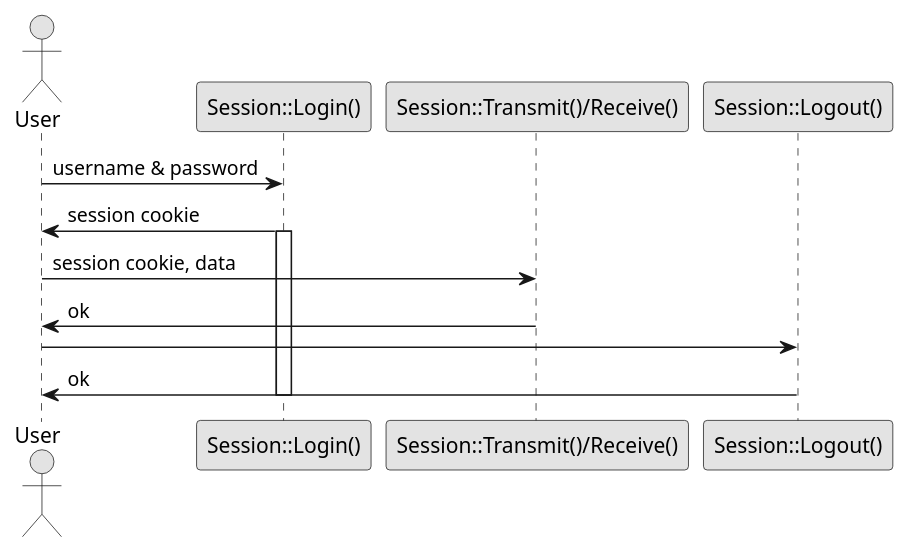
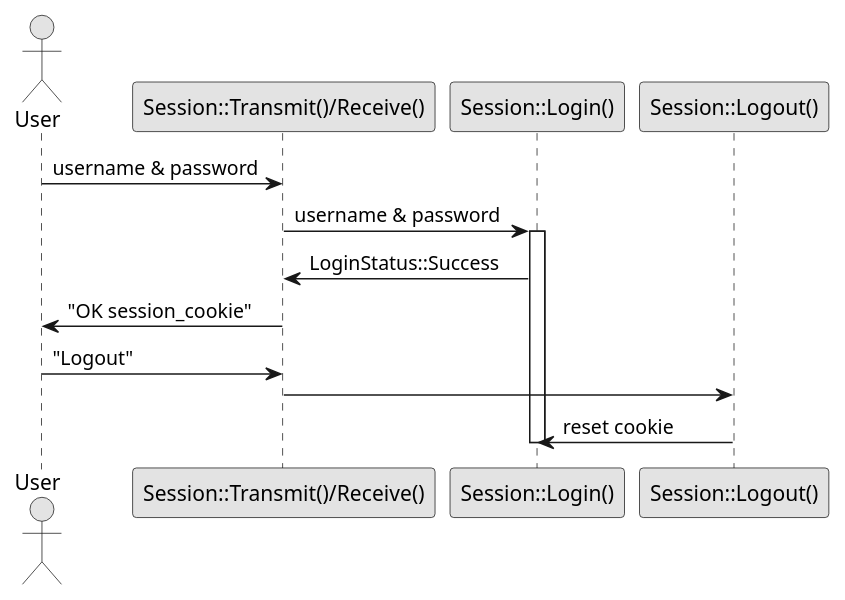
Before and after one commit to mihaigalos/osi-stack: the diagram in README.md, drawn with PlantUML. The commit also changed other lines of this file, not shown here.

Commit message:
Update session handshake

````diff
--- a/README.md
+++ b/README.md
@@ -42,15 +43,19 @@
 ```plantuml
 @startuml
     skinparam monochrome true
 
     actor User
-    User -> "Session::Login()" : username & password
-    "Session::Login()" -> User : session cookie
+    User -> "Session::Transmit()/Receive()" : username & password
+
+    "Session::Transmit()/Receive()"-> "Session::Login()" : username & password
     activate "Session::Login()"
-    User -> "Session::Transmit()/Receive()" : session cookie, data
-    "Session::Transmit()/Receive()" -> User : ok
-    User -> "Session::Logout()"
-    "Session::Logout()" -> User : ok
+    "Session::Login()" -> "Session::Transmit()/Receive()" : LoginStatus::Success
+    "Session::Transmit()/Receive()" -> User : "OK session_cookie"
+
+    User -> "Session::Transmit()/Receive()" : "Logout"
+    "Session::Transmit()/Receive()" -> "Session::Logout()"
+    "Session::Logout()" -> "Session::Login()": reset cookie
     deactivate "Session::Login()"
+
 @enduml
 ```
````
